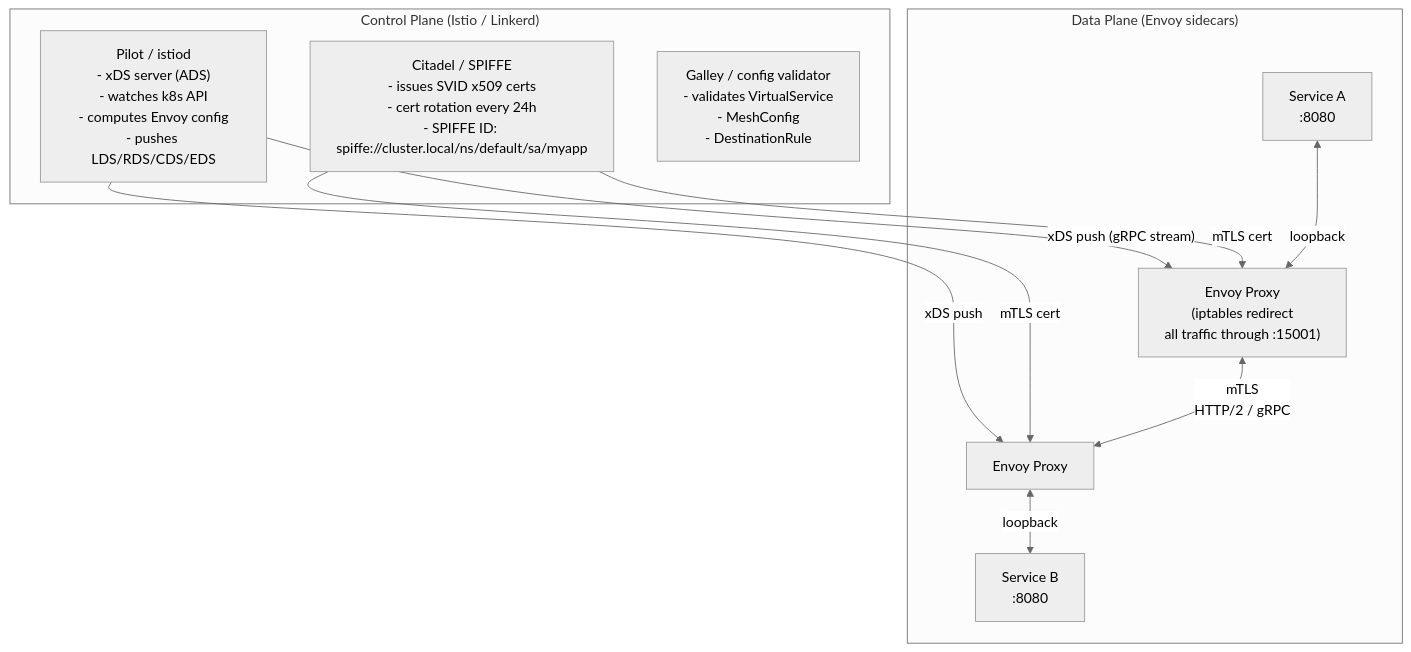
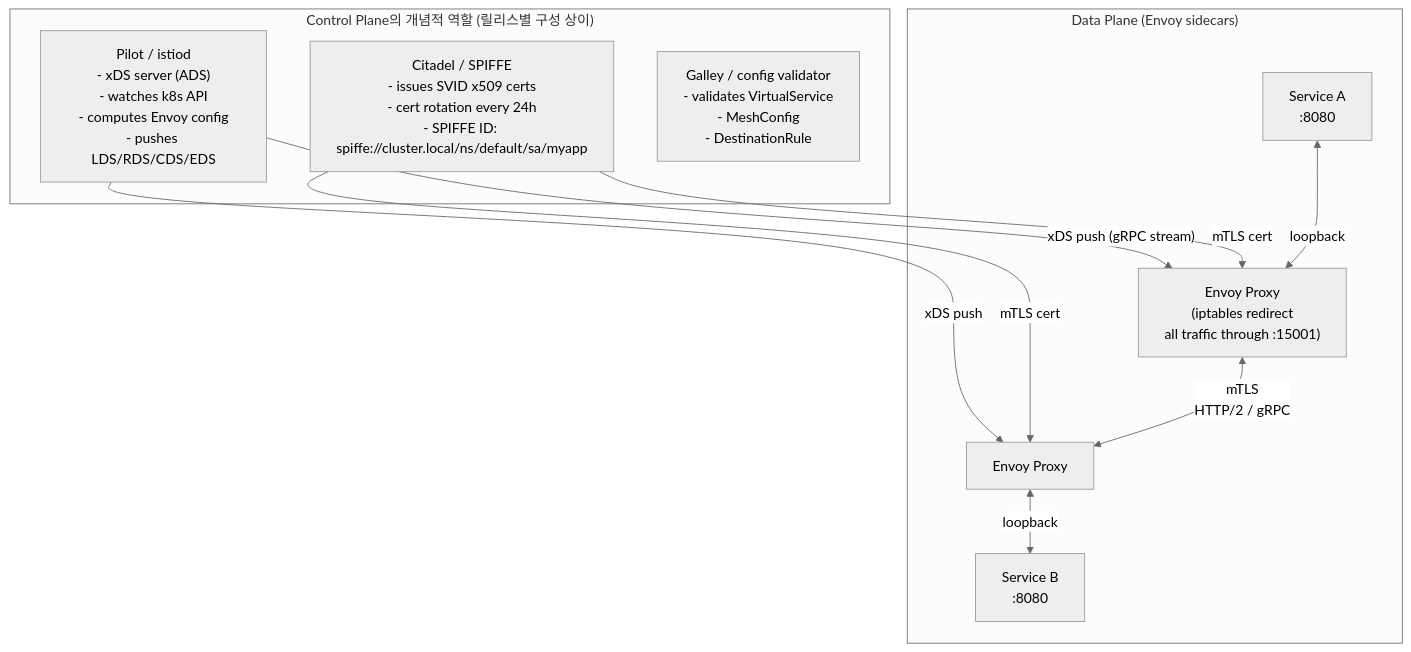
One commit to choisimo/document changed the first of 24 diagrams in content/docs/books/cs-reference/ko/microservices-internals.md. Above: the diagram before and after it, drawn with Mermaid (neutral theme). The commit also changed other lines of this file and 504 other files, not shown here.

````diff
--- a/content/docs/books/cs-reference/ko/microservices-internals.md
+++ b/content/docs/books/cs-reference/ko/microservices-internals.md
@@ -9,23 +16,23 @@
 ```mermaid
 flowchart TD
-    subgraph ControlPlane["Control Plane (Istio / Linkerd)"]
+    subgraph ControlPlane["Control Plane의 개념적 역할 (릴리스별 구성 상이)"]
         Pilot["Pilot / istiod\n- xDS server (ADS)\n- watches k8s API\n- computes Envoy config\n- pushes LDS/RDS/CDS/EDS"]
         Citadel["Citadel / SPIFFE\n- issues SVID x509 certs\n- cert rotation every 24h\n- SPIFFE ID: spiffe://cluster.local/ns/default/sa/myapp"]
         Galley["Galley / config validator\n- validates VirtualService\n- MeshConfig\n- DestinationRule"]
     end
 
     subgraph DataPlane["Data Plane (Envoy sidecars)"]
         App1["Service A\n:8080"]
         Sidecar1["Envoy Proxy\n(iptables redirect\nall traffic through :15001)"]
         App2["Service B\n:8080"]
         Sidecar2["Envoy Proxy"]
     end
 
     Pilot -->|"xDS push (gRPC stream)"| Sidecar1
     Pilot -->|"xDS push"| Sidecar2
     Citadel -->|"mTLS cert"| Sidecar1
     Citadel -->|"mTLS cert"| Sidecar2
     App1 <-->|"loopback"| Sidecar1
     Sidecar1 <-->|"mTLS\nHTTP/2 / gRPC"| Sidecar2
     Sidecar2 <-->|"loopback"| App2
 ```
````
